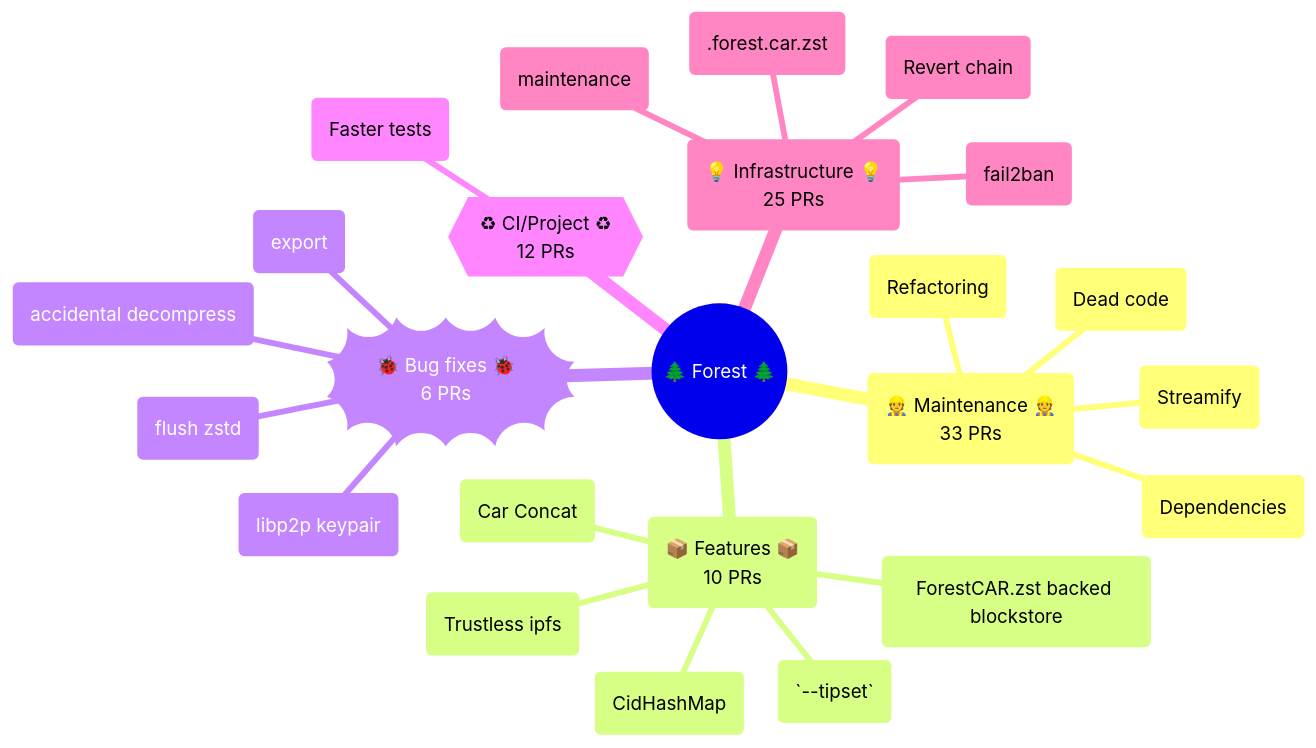
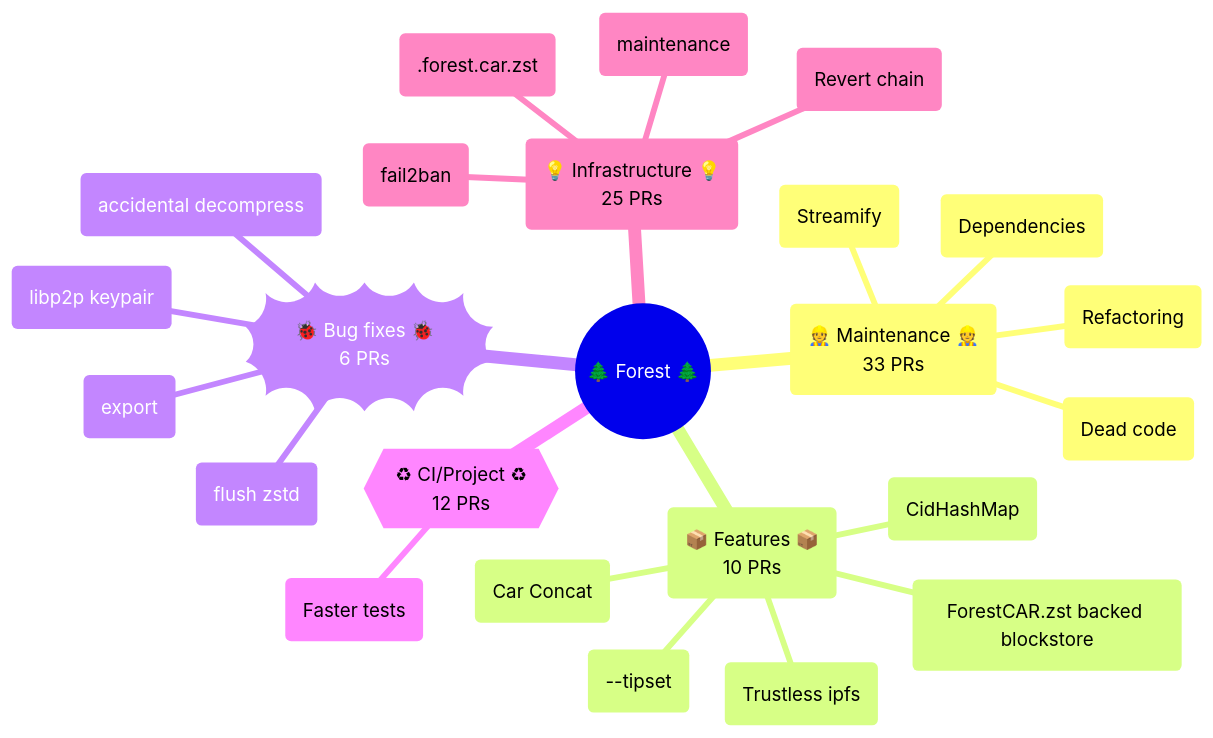
One commit to jennijuju/forest changed the first of 2 diagrams in documentation/mindmaps/2023-07-31.md. Above: the diagram before and after it, drawn with Mermaid.

Commit message:
escape dashes

````diff
--- a/documentation/mindmaps/2023-07-31.md
+++ b/documentation/mindmaps/2023-07-31.md
@@ -3,27 +3,27 @@
 ```mermaid
 mindmap
   root((🌲 Forest 🌲))
     id(👷 Maintenance 👷<br>33 PRs)
       (Dead code)
       (Dependencies)
       (Streamify)
       (Refactoring)
     id(📦 Features 📦<br>10 PRs)
       (ForestCAR.zst backed blockstore)
       (CidHashMap)
       (Trustless ipfs)
-      (`--tipset`)
+      (\-\-tipset)
       (Car Concat)
     id))🐞 Bug fixes 🐞<br>6 PRs((
       (flush zstd)
       (accidental decompress)
       (libp2p keypair)
       (export)
     id{{♻ CI/Project ♻<br>12 PRs}}
       (Faster tests)
     id(💡 Infrastructure 💡<br>25 PRs)
       (Revert chain)
       (fail2ban)
       (.forest.car.zst)
       (maintenance)
 ```
````
